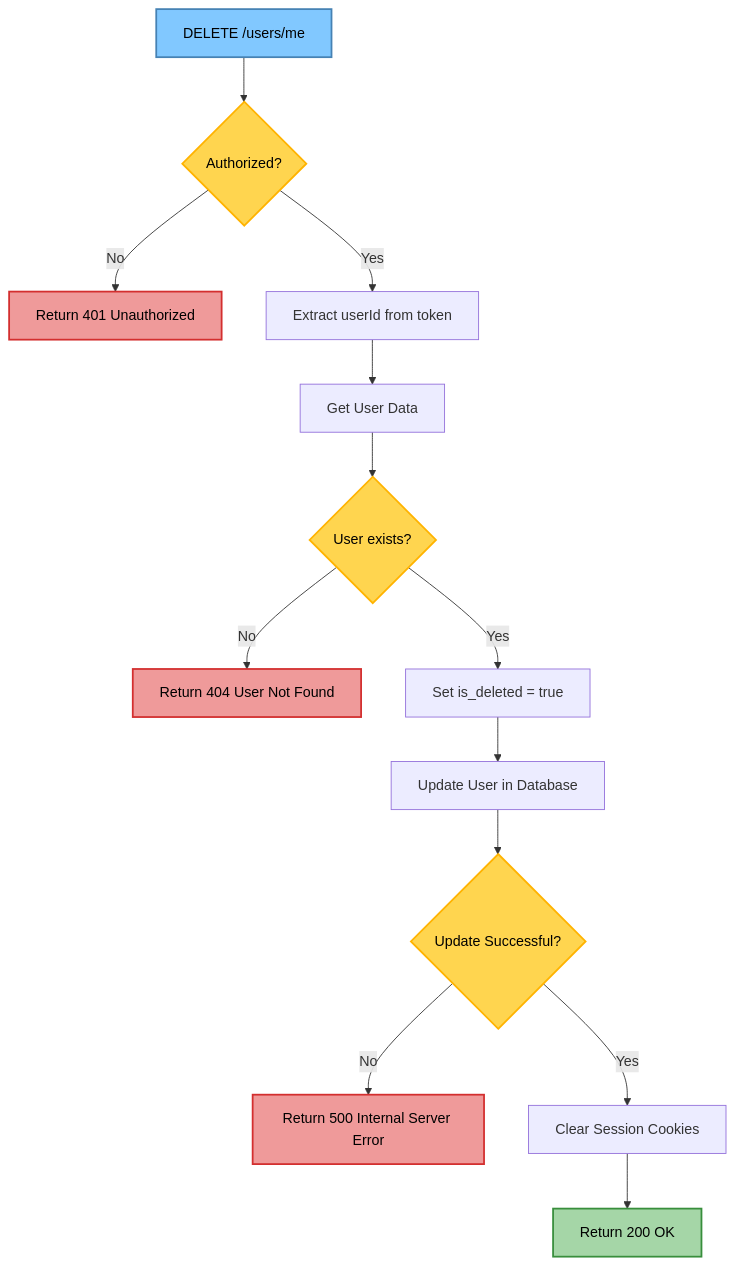
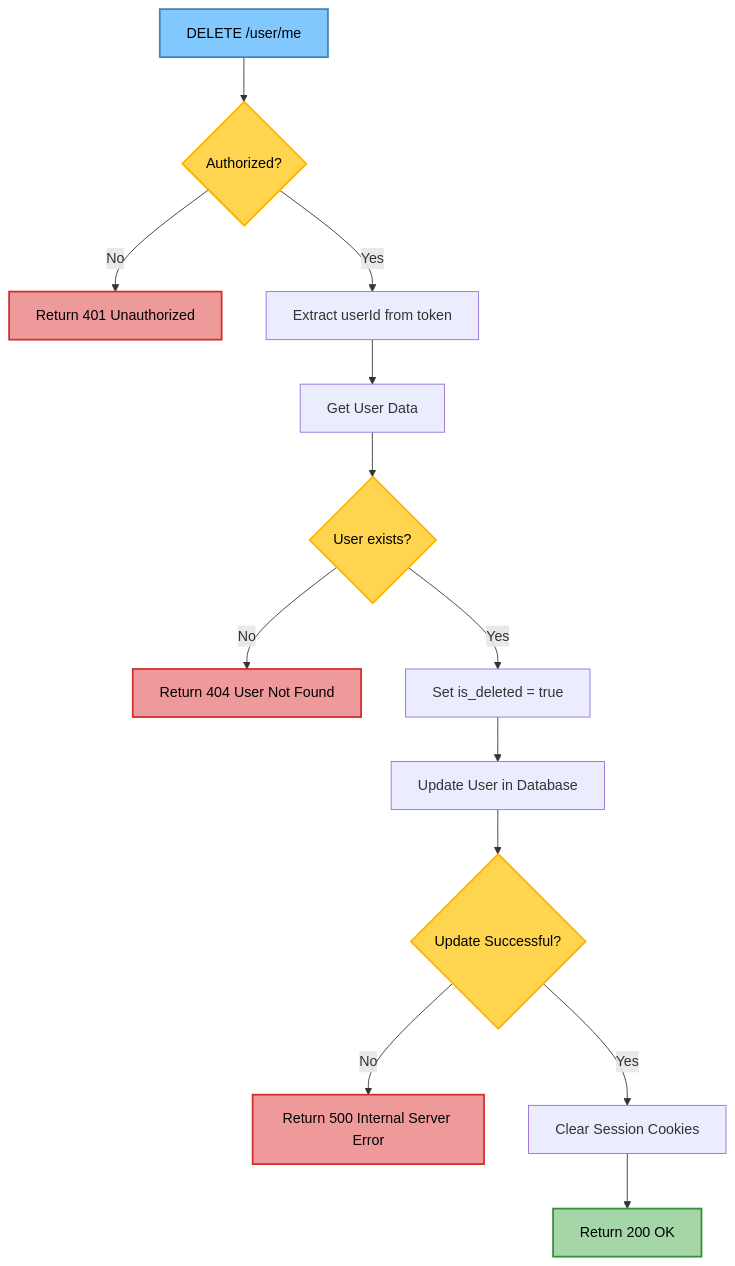
The third of 7 diagrams in temp.md (biplab-sutradhar/diagram), drawn with Mermaid before and after one commit. The commit also changed other lines of this file, not shown here.

````diff
--- a/temp.md
+++ b/temp.md
@@ -179,35 +618,35 @@
 ```mermaid
 flowchart TD
-%% API Flow: DELETE /users/me
-Start[DELETE /users/me] --> Auth{Authorized?}
+%% API Flow: DELETE /user/me
+Start[DELETE /user/me] --> Auth{Authorized?}
 
 Auth -->|No| Auth401[Return 401 Unauthorized]
 Auth -->|Yes| ExtractUserId[Extract userId from token]
 
 ExtractUserId --> GetUser[Get User Data]
 GetUser --> UserExists{User exists?}
 
 UserExists -->|No| User404[Return 404 User Not Found]
 UserExists -->|Yes| SoftDelete[Set is_deleted = true]
 
 SoftDelete --> UpdateUser[Update User in Database]
 UpdateUser --> UpdateSuccess{Update Successful?}
 
 UpdateSuccess -->|No| Server500[Return 500 Internal Server Error]
 UpdateSuccess -->|Yes| ClearCookies[Clear Session Cookies]
 
 ClearCookies --> Success200[Return 200 OK]
 
 classDef startEnd fill:#81C8FF,stroke:#4682B4,stroke-width:2px,color:#000;
 classDef decision fill:#FFD54F,stroke:#FFB300,stroke-width:2px,color:#000;
 classDef success fill:#A5D6A7,stroke:#388E3C,stroke-width:2px,color:#000;
 classDef error fill:#EF9A9A,stroke:#D32F2F,stroke-width:2px,color:#000;
 classDef warning fill:#FFCC80,stroke:#F57C00,stroke-width:2px,color:#000;
 
 class Start,Success200 startEnd
 class Auth,UserExists,UpdateSuccess decision
 class Success200 success
 class Auth401,User404,Server500 error
 class SoftDelete,UpdateUser,ClearCookies process
 
 ```
````
